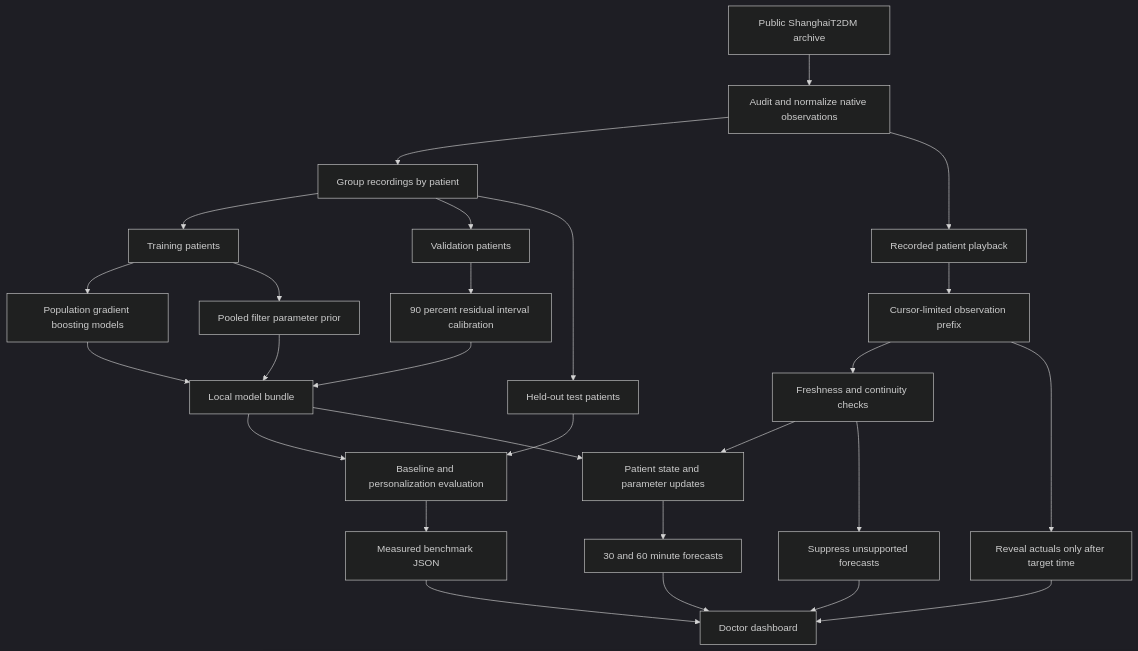
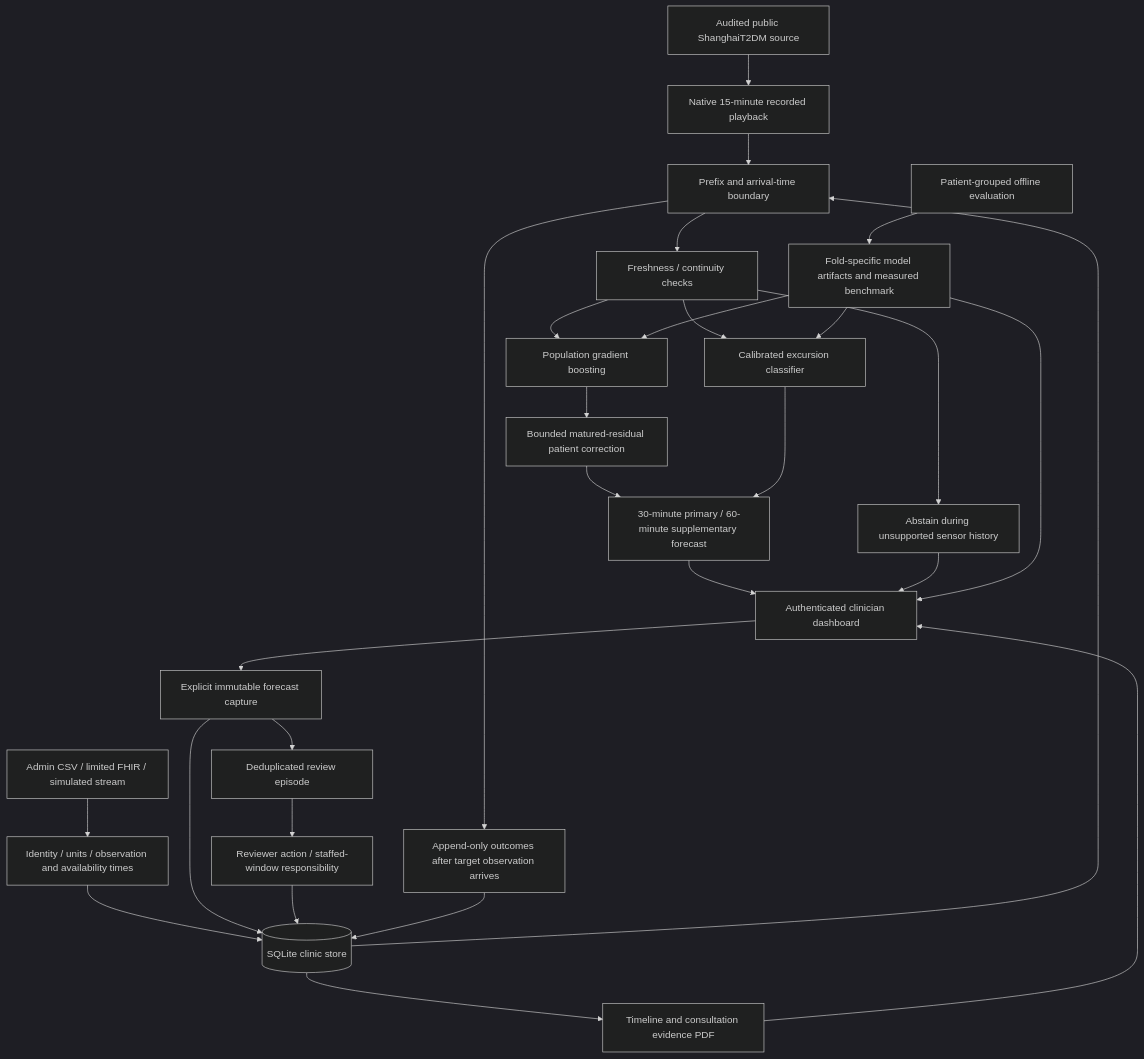
Before and after one commit to shanmukhgara48-source/glucotwin-alpha: the diagram in docs/ARCHITECTURE.md, drawn with Mermaid (dark theme). The commit also changed other lines of this file and 51 other files, not shown here.

````diff
--- a/docs/ARCHITECTURE.md
+++ b/docs/ARCHITECTURE.md
@@ -5,29 +5,30 @@
 ```mermaid
 flowchart TD
-    A[Public ShanghaiT2DM archive] --> B[Audit and normalize native observations]
-    B --> C[Group recordings by patient]
-    C --> D[Training patients]
-    C --> E[Validation patients]
-    C --> F[Held-out test patients]
-    D --> G[Population gradient boosting models]
-    D --> H[Pooled filter parameter prior]
-    E --> I[90 percent residual interval calibration]
-    G --> J[Local model bundle]
-    H --> J
-    I --> J
-    F --> K[Baseline and personalization evaluation]
+    A[Audited public ShanghaiT2DM source] --> B[Native 15-minute recorded playback]
+    C[Admin CSV / limited FHIR / simulated stream] --> D[Identity / units / observation and availability times]
+    D --> E[(SQLite clinic store)]
+    B --> F[Prefix and arrival-time boundary]
+    E --> F
+    F --> G[Freshness / continuity checks]
+    G --> H[Population gradient boosting]
+    H --> I[Bounded matured-residual patient correction]
+    G --> J[Calibrated excursion classifier]
+    I --> K[30-minute primary / 60-minute supplementary forecast]
     J --> K
-    K --> L[Measured benchmark JSON]
-    B --> M[Recorded patient playback]
-    M --> N[Cursor-limited observation prefix]
-    N --> O[Freshness and continuity checks]
-    O --> P[Patient state and parameter updates]
-    J --> P
-    P --> Q[30 and 60 minute forecasts]
-    O --> R[Suppress unsupported forecasts]
-    Q --> S[Doctor dashboard]
-    R --> S
-    L --> S
-    N --> T[Reveal actuals only after target time]
-    T --> S
+    G --> L[Abstain during unsupported sensor history]
+    K --> M[Authenticated clinician dashboard]
+    L --> M
+    M --> N[Explicit immutable forecast capture]
+    N --> E
+    N --> O[Deduplicated review episode]
+    O --> P[Reviewer action / staffed-window responsibility]
+    P --> E
+    F --> Q[Append-only outcomes after target observation arrives]
+    Q --> E
+    E --> R[Timeline and consultation evidence PDF]
+    R --> M
+    S[Patient-grouped offline evaluation] --> T[Fold-specific model artifacts and measured benchmark]
+    T --> H
+    T --> J
+    T --> M
 ```
````
